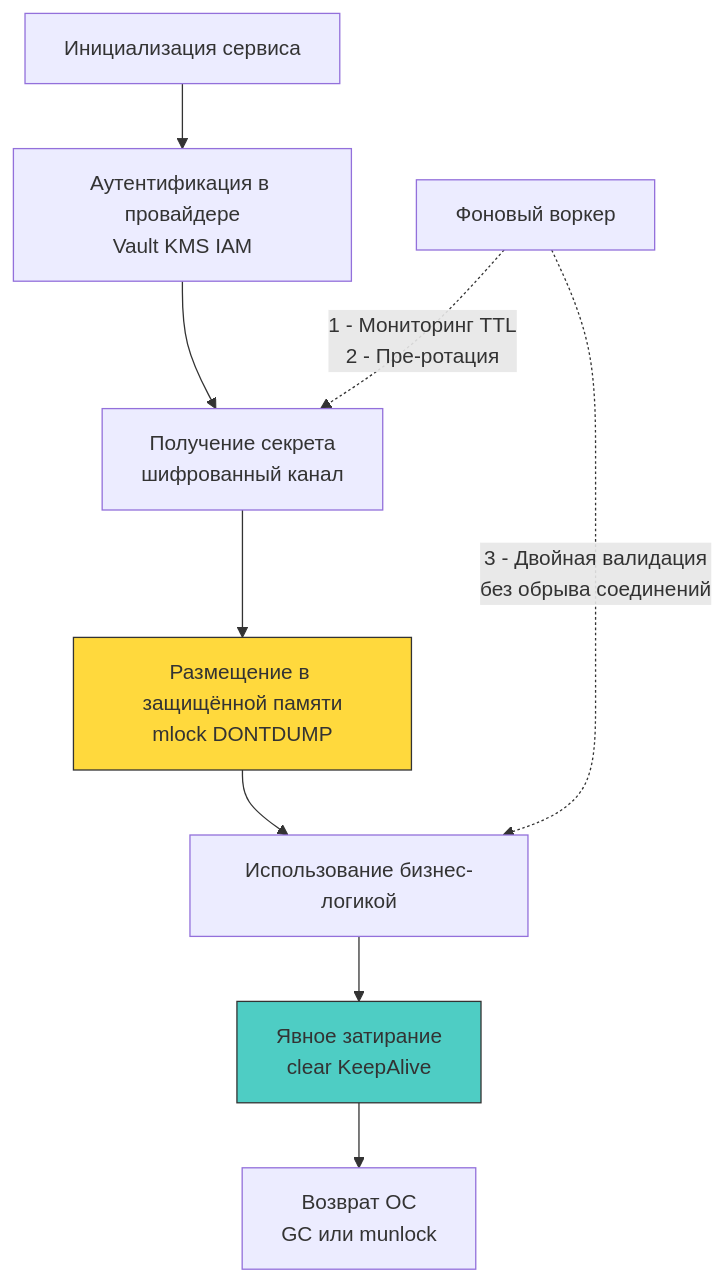
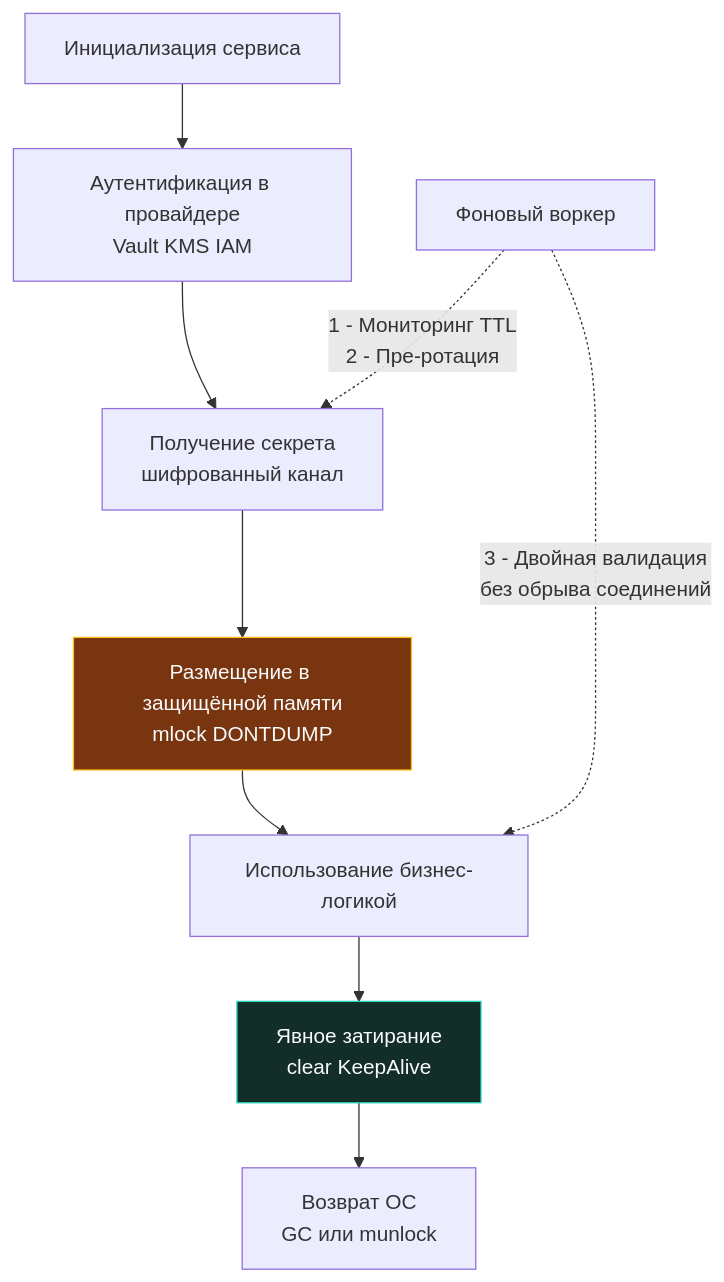
One commit to UnrealTemplier/go-textbook changed the diagram in sources/17. Безопасность (AppSec в Go)/06. Инфраструктура и секреты/1. Secrets management.md. Above: the diagram before and after it, drawn with Mermaid. The commit also changed 310 other files, not shown here.

First line of the commit message:
fix(mermaid): replace light fill colors with dark palette for readability on dark theme

````diff
--- a/sources/17. Безопасность (AppSec в Go)/06. Инфраструктура и секреты/1. Secrets management.md
+++ b/sources/17. Безопасность (AppSec в Go)/06. Инфраструктура и секреты/1. Secrets management.md
@@ -12,15 +12,15 @@
 ```mermaid
 flowchart TD
     A["Инициализация сервиса"] --> B["Аутентификация в провайдере<br>Vault KMS IAM"]
     B --> C["Получение секрета<br>шифрованный канал"]
     C --> D["Размещение в защищённой памяти<br>mlock DONTDUMP"]
     D --> E["Использование бизнес-логикой"]
     E --> F["Явное затирание<br>clear KeepAlive"]
     F --> G["Возврат ОС<br>GC или munlock"]
     
     H["Фоновый воркер"] -.->|"1 - Мониторинг TTL<br>2 - Пре-ротация"| C
     H -.->|"3 - Двойная валидация<br>без обрыва соединений"| E
     
-    style D fill:#ffd93d,stroke:#333
-    style F fill:#4ecdc4,stroke:#333
+    style D fill:#78350f,stroke:#fbbf24,color:#f8fafc
+    style F fill:#132d29,stroke:#2dd4bf,color:#f8fafc
 ```
````
